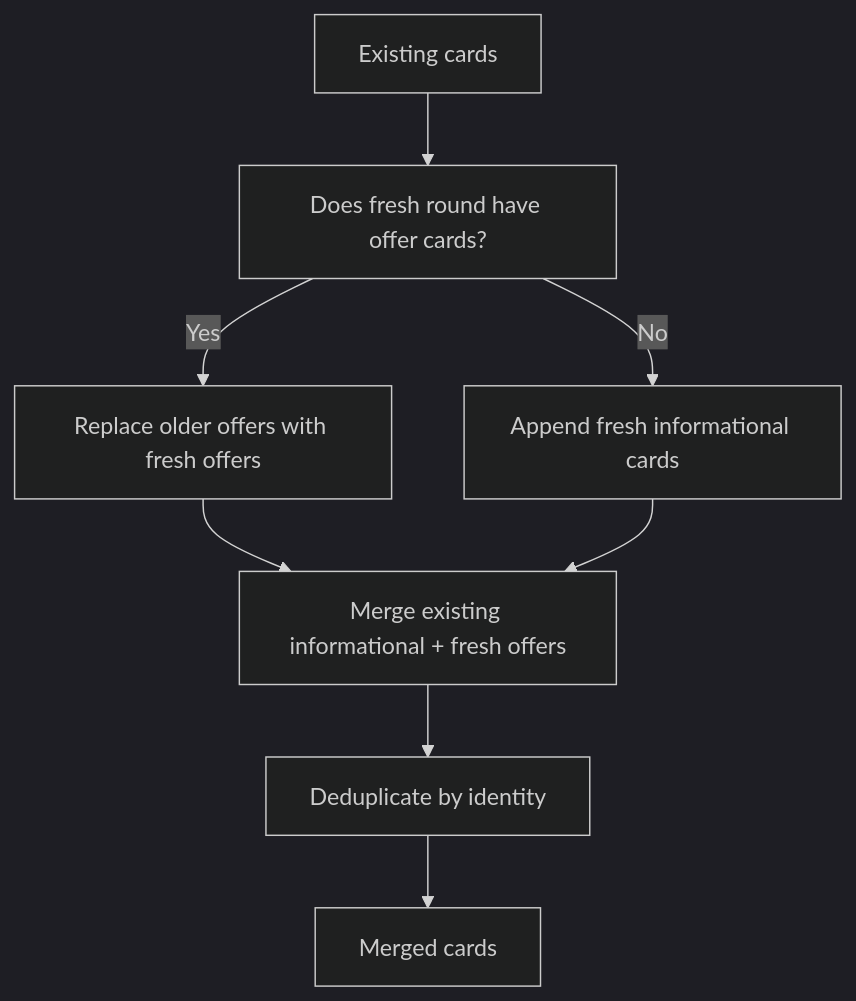
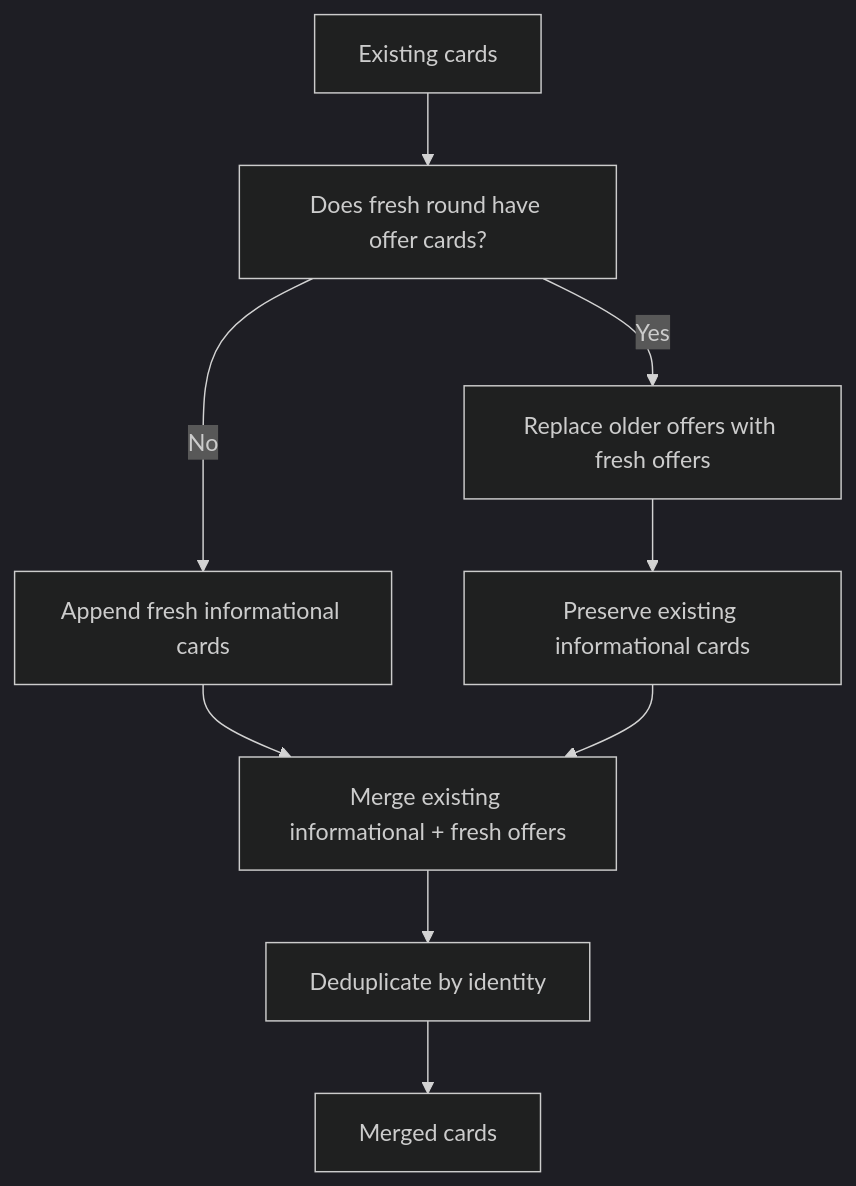
The fourth of 11 diagrams in .qoder/repowiki/en/content/AI Agent System/Conversation Runner/Card Management System.md (gokulkaarthicks/dental-chatbot), drawn with Mermaid (dark theme) before and after one commit. The commit also changed other lines of this file and 280 other files, not shown here.

````diff
--- a/.qoder/repowiki/en/content/AI Agent System/Conversation Runner/Card Management System.md
+++ b/.qoder/repowiki/en/content/AI Agent System/Conversation Runner/Card Management System.md
@@ -217,10 +238,11 @@
 ```mermaid
 flowchart TD
 Existing["Existing cards"] --> CheckFresh["Does fresh round have offer cards?"]
 CheckFresh --> |Yes| ReplaceOffers["Replace older offers with fresh offers"]
 CheckFresh --> |No| AppendFresh["Append fresh informational cards"]
-ReplaceOffers --> Merge["Merge existing informational + fresh offers"]
-AppendFresh --> Merge
+ReplaceOffers --> PreserveInfo["Preserve existing informational cards"]
+AppendFresh --> Merge["Merge existing informational + fresh offers"]
+PreserveInfo --> Merge
 Merge --> Dedupe["Deduplicate by identity"]
 Dedupe --> Output["Merged cards"]
 ```
````
